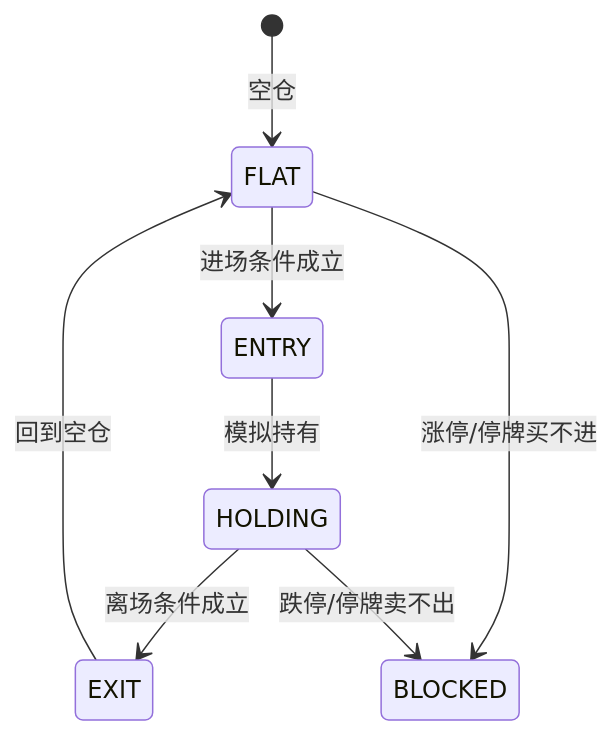
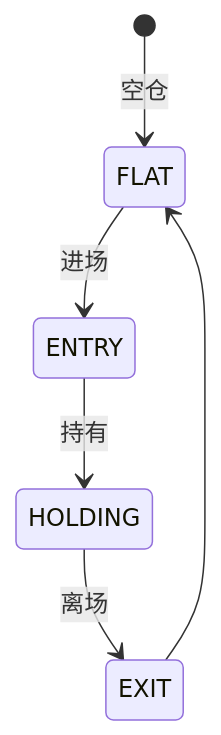
The second of 4 diagrams in quant/slidev/slides.md (hankjs/trace), drawn with Mermaid before and after one commit. The commit also changed other lines of this file and 1 other file, not shown here.

````diff
--- a/quant/slidev/slides.md
+++ b/quant/slidev/slides.md
@@ -344,10 +541,8 @@
 ```mermaid
 stateDiagram-v2
   [*] --> FLAT: 空仓
-  FLAT --> ENTRY: 进场条件成立
-  ENTRY --> HOLDING: 模拟持有
-  HOLDING --> EXIT: 离场条件成立
-  EXIT --> FLAT: 回到空仓
-  FLAT --> BLOCKED: 涨停/停牌买不进
-  HOLDING --> BLOCKED: 跌停/停牌卖不出
+  FLAT --> ENTRY: 进场
+  ENTRY --> HOLDING: 持有
+  HOLDING --> EXIT: 离场
+  EXIT --> FLAT
 ```
````
